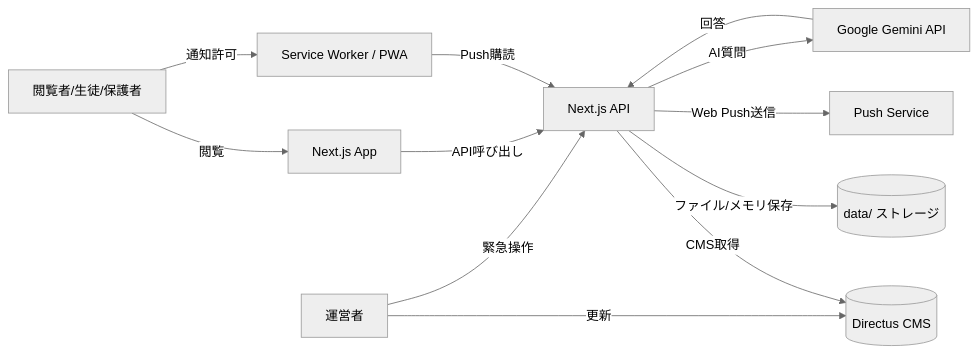
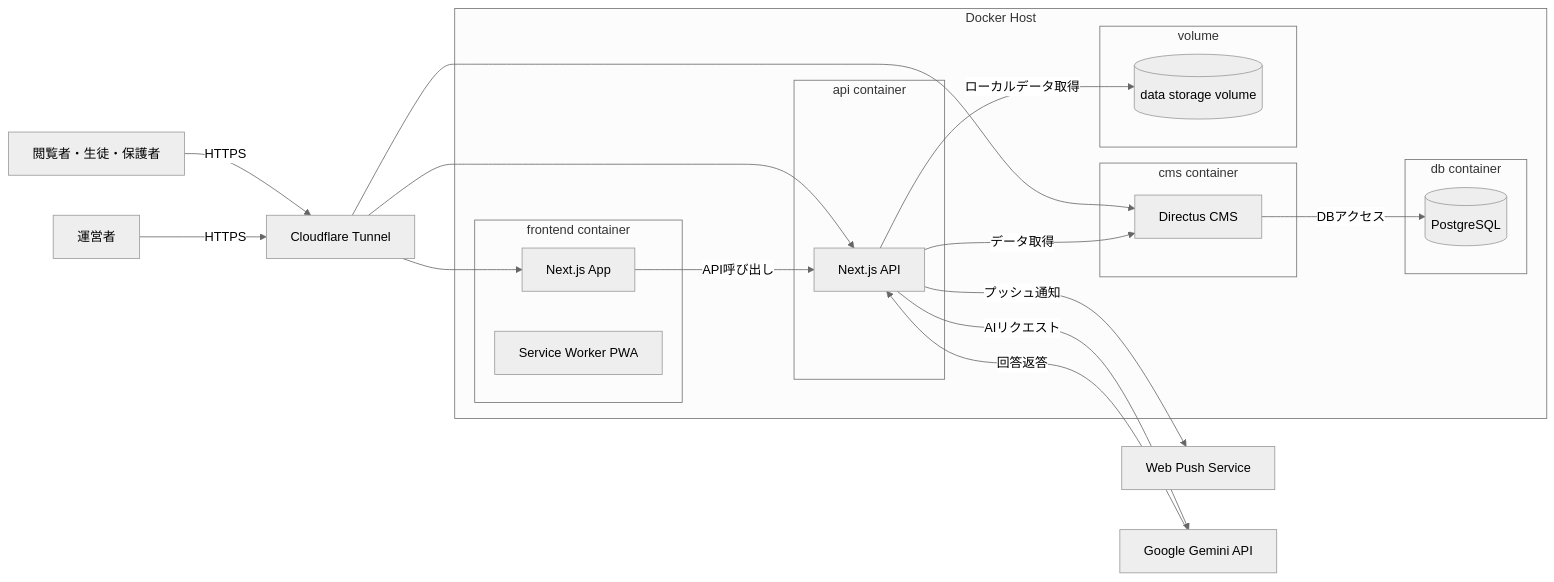
Before and after one commit to kita-h-exec/sportfes-ouka: the diagram in README.md, drawn with Mermaid (neutral theme).

Commit message:
Update README.md
Marmaid図を更新

````diff
--- a/README.md
+++ b/README.md
@@ -23,17 +23,56 @@
 ```mermaid
 flowchart LR
-  User[閲覧者/生徒/保護者] -->|閲覧| Web[Next.js App]
-  User -->|通知許可| PWA[Service Worker / PWA]
-  PWA -->|Push購読| API[Next.js API]
+  %% Users
+  User[閲覧者・生徒・保護者]
+  Staff[運営者]
 
+  %% Cloudflare
+  Tunnel[Cloudflare Tunnel]
+
+  %% Docker Host
+  subgraph DockerHost[Docker Host]
+
+    subgraph FrontendContainer[frontend container]
+      Web[Next.js App]
+      PWA[Service Worker PWA]
+    end
+
+    subgraph BackendContainer[api container]
+      API[Next.js API]
+    end
+
+    subgraph CMSContainer[cms container]
+      Directus[Directus CMS]
+    end
+
+    subgraph DBContainer[db container]
+      DB[(PostgreSQL)]
+    end
+
+    subgraph StoreVolume[volume]
+      Store[(data storage volume)]
+    end
+
+  end
+
+  %% External Services
+  Push[Web Push Service]
+  Gemini[Google Gemini API]
+
+  %% Public Access via Cloudflare Tunnel
+  User -->|HTTPS| Tunnel
+  Staff -->|HTTPS| Tunnel
+
+  Tunnel --> Web
+  Tunnel --> API
+  Tunnel --> Directus
+
+  %% Internal Connections
   Web -->|API呼び出し| API
-  API -->|CMS取得| Directus[(Directus CMS)]
-  API -->|ファイル/メモリ保存| Store[(data/ ストレージ)]
-
-  API -->|Web Push送信| Push[Push Service]
-  API -->|AI質問| Gemini[Google Gemini API]
-  Gemini -->|回答| API
-
-  Staff[運営者] -->|更新| Directus
-  Staff -->|緊急操作| API
+  API -->|データ取得| Directus
+  Directus -->|DBアクセス| DB
+  API -->|ローカルデータ取得| Store
+  API -->|プッシュ通知| Push
+  API -->|AIリクエスト| Gemini
+  Gemini -->|回答返答| API
 ```
````
